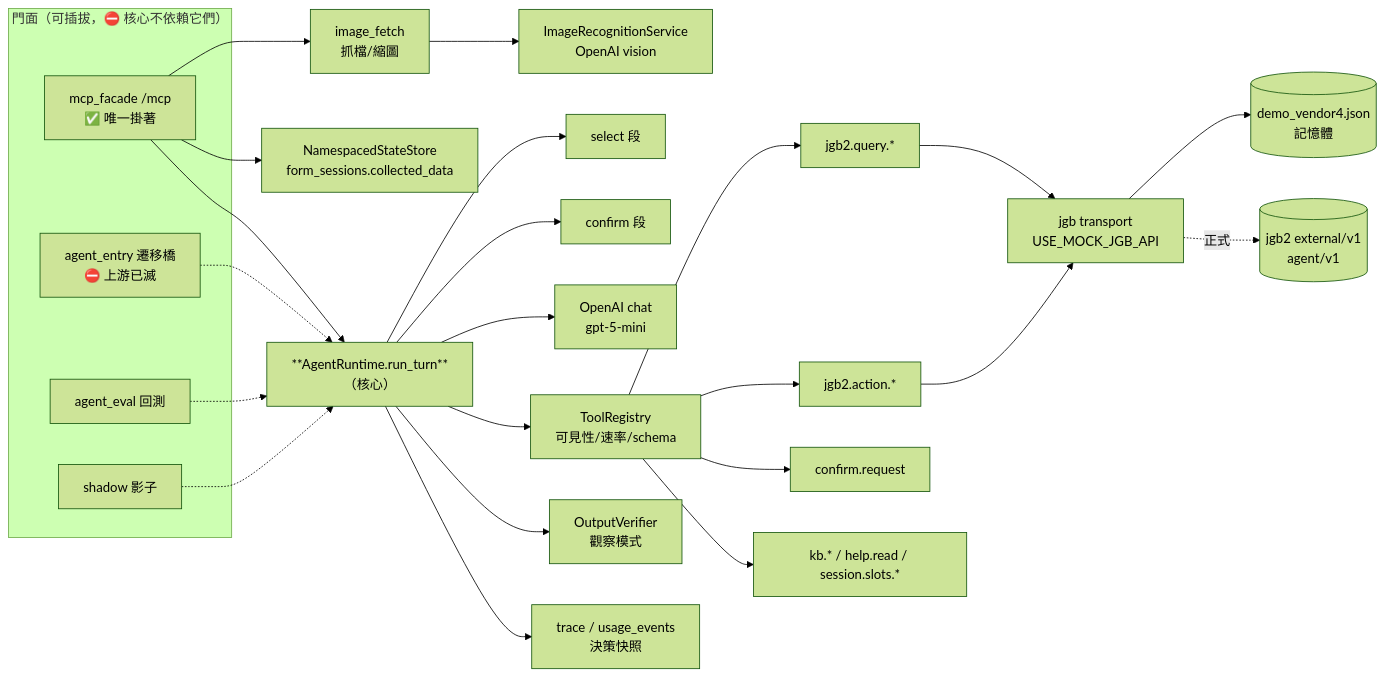
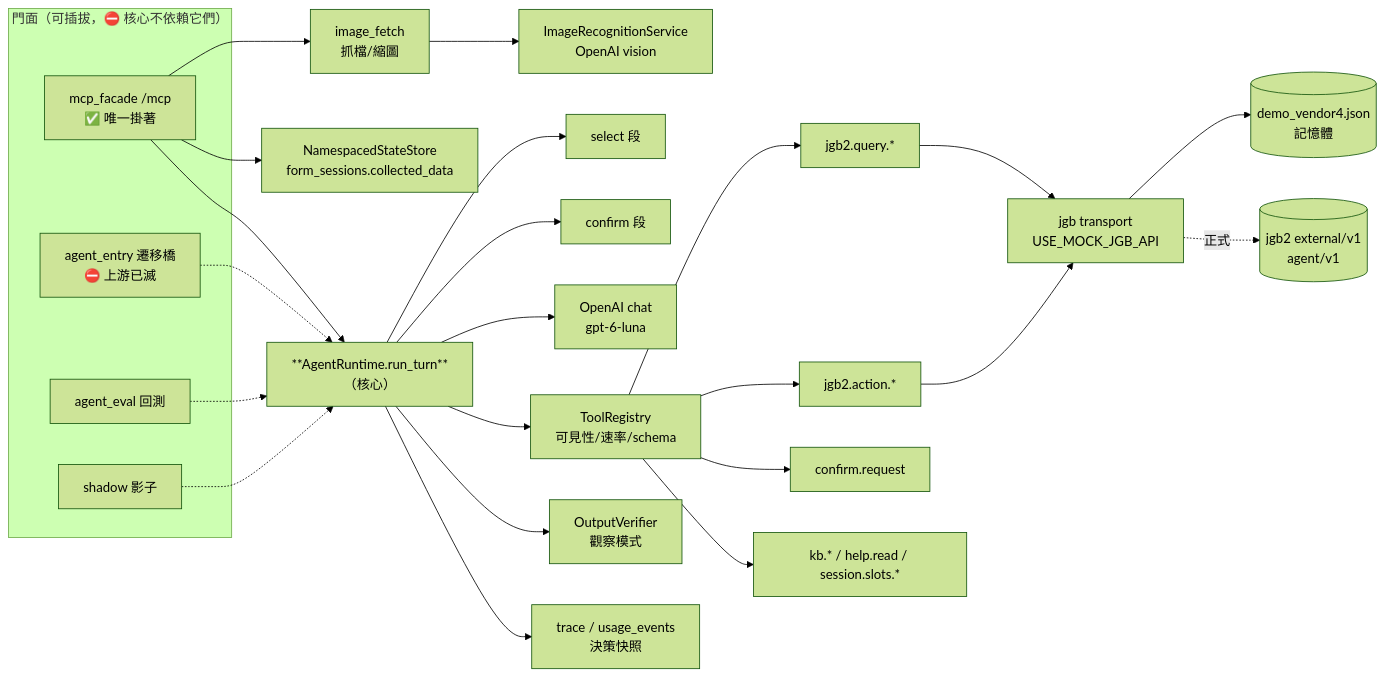
The first of 3 diagrams in docs/architecture/AGENTIC_MCP_ARCHITECTURE.md (JGBlenny/AIChatbot), drawn with Mermaid (forest theme) before and after one commit. The commit also changed other lines of this file and 73 other files, not shown here.

````diff
--- a/docs/architecture/AGENTIC_MCP_ARCHITECTURE.md
+++ b/docs/architecture/AGENTIC_MCP_ARCHITECTURE.md
@@ -97,30 +97,30 @@
 ```mermaid
 flowchart LR
   subgraph FACES["門面（可插拔，⛔ 核心不依賴它們）"]
     F["mcp_facade /mcp\n✅ 唯一掛著"]
     RE["agent_entry 遷移橋\n⛔ 上游已滅"]
     EV["agent_eval 回測"]
     SH["shadow 影子"]
   end
   F --> RT
   RE -.-> RT
   EV -.-> RT
   SH -.-> RT
   F --> ST[NamespacedStateStore\nform_sessions.collected_data]
   F --> IM[image_fetch\n抓檔/縮圖]
   IM --> VS[ImageRecognitionService\nOpenAI vision]
   RT["**AgentRuntime.run_turn**\n（核心）"] --> SEL[select 段]
   RT --> CF[confirm 段]
-  RT --> LLM[OpenAI chat\ngpt-5-mini]
+  RT --> LLM[OpenAI chat\ngpt-6-luna]
   RT --> REG[ToolRegistry\n可見性/速率/schema]
   REG --> Q[jgb2.query.*]
   REG --> A[jgb2.action.*]
   REG --> C[confirm.request]
   REG --> K[kb.* / help.read / session.slots.*]
   Q --> TR[jgb transport\nUSE_MOCK_JGB_API]
   A --> TR
   TR --> MOCK[(demo_vendor4.json\n記憶體)]
   TR -. 正式 .-> JGB[(jgb2 external/v1\nagent/v1)]
   RT --> VF[OutputVerifier\n觀察模式]
   RT --> TRC[trace / usage_events\n決策快照]
 ```
````
